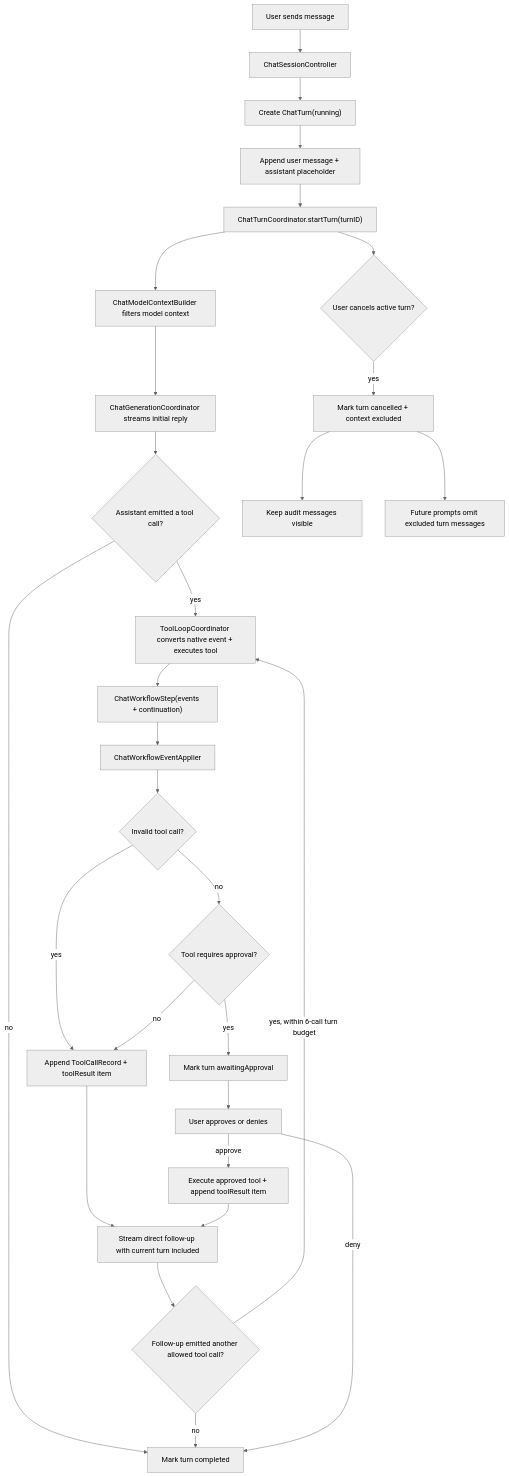
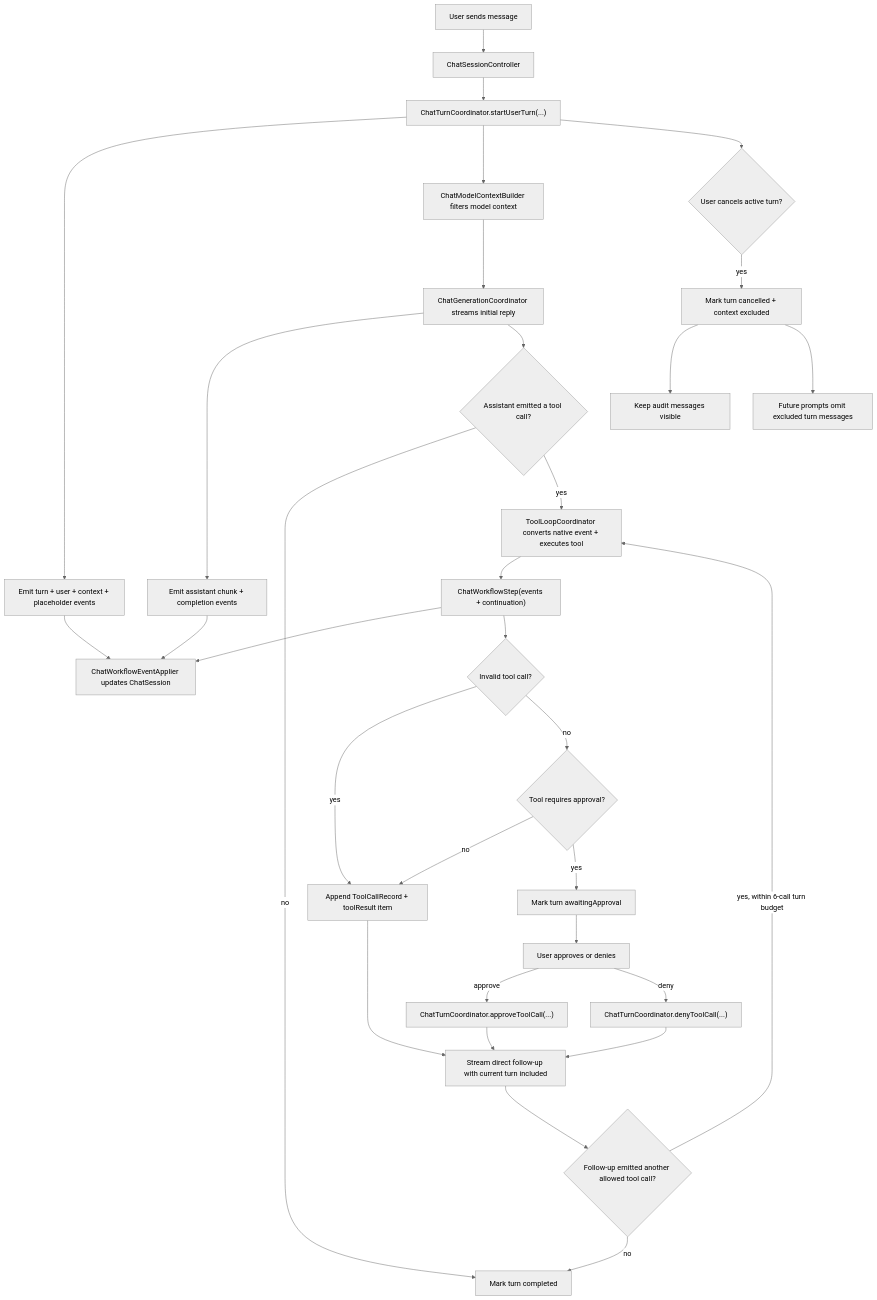
One commit to ngutech21/sumika-chat changed the diagram in docs/chat-runtime.md. Above: the diagram before and after it, drawn with Mermaid (neutral theme). The commit also changed other lines of this file and 10 other files, not shown here.

Commit message:
refactor: move chat turn loop into coordinator

````diff
--- a/docs/chat-runtime.md
+++ b/docs/chat-runtime.md
@@ -10,31 +10,34 @@
 ```mermaid
 flowchart TD
   A["User sends message"] --> B["ChatSessionController"]
-  B --> C["Create ChatTurn(running)"]
-  C --> D["Append user message + assistant placeholder"]
-  D --> E["ChatTurnCoordinator.startTurn(turnID)"]
-  E --> F["ChatModelContextBuilder filters model context"]
+  B --> C["ChatTurnCoordinator.startUserTurn(...)"]
+  C --> D["Emit turn + user + context + placeholder events"]
+  D --> E["ChatWorkflowEventApplier updates ChatSession"]
+  C --> F["ChatModelContextBuilder filters model context"]
   F --> G["ChatGenerationCoordinator streams initial reply"]
+  G --> Y["Emit assistant chunk + completion events"]
+  Y --> E
   G --> H{"Assistant emitted a tool call?"}
   H -- "no" --> I["Mark turn completed"]
   H -- "yes" --> J["ToolLoopCoordinator converts native event + executes tool"]
   J --> W["ChatWorkflowStep(events + continuation)"]
-  W --> X["ChatWorkflowEventApplier"]
-  X --> V{"Invalid tool call?"}
+  W --> E
+  W --> V{"Invalid tool call?"}
   V -- "yes" --> L
   V -- "no" --> K{"Tool requires approval?"}
   K -- "no" --> L["Append ToolCallRecord + toolResult item"]
   L --> Q["Stream direct follow-up with current turn included"]
   Q --> U{"Follow-up emitted another allowed tool call?"}
   U -- "yes, within 6-call turn budget" --> J
   U -- "no" --> I
   K -- "yes" --> R["Mark turn awaitingApproval"]
   R --> S["User approves or denies"]
-  S -- "approve" --> T["Execute approved tool + append toolResult item"]
+  S -- "approve" --> T["ChatTurnCoordinator.approveToolCall(...)"]
   T --> Q
-  S -- "deny" --> I
-  E --> M{"User cancels active turn?"}
+  S -- "deny" --> Z["ChatTurnCoordinator.denyToolCall(...)"]
+  Z --> Q
+  C --> M{"User cancels active turn?"}
   M -- "yes" --> N["Mark turn cancelled + context excluded"]
   N --> O["Keep audit messages visible"]
   N --> P["Future prompts omit excluded turn messages"]
 ```
````
